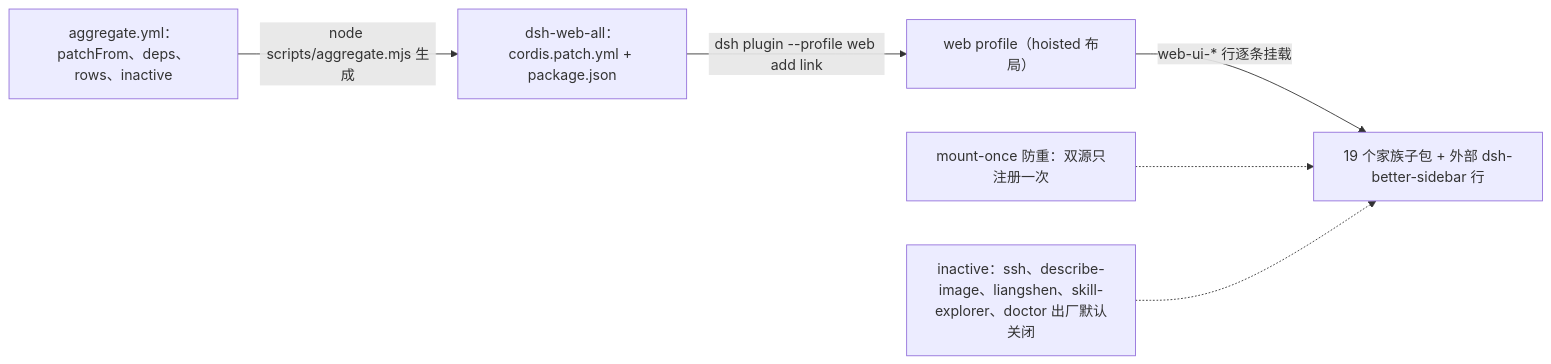
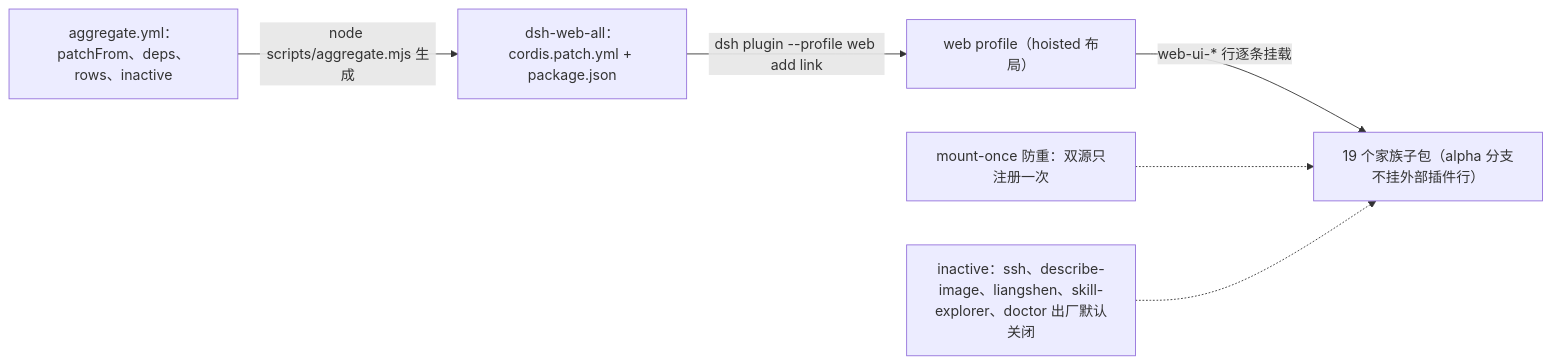
Before and after one commit to DDDMUC/dsh-web-ui: the fourth of 9 diagrams in docs/architecture.md, drawn with Mermaid. The commit also changed 25 other files, not shown here.

First line of the commit message:
chore(alpha): stop bundling dsh-better-sidebar

````diff
--- a/docs/architecture.md
+++ b/docs/architecture.md
@@ -78,8 +78,8 @@
 ```mermaid
 flowchart LR
     A["aggregate.yml：patchFrom、deps、rows、inactive"] -- "node scripts/aggregate.mjs 生成" --> B["dsh-web-all：cordis.patch.yml + package.json"]
     B -- "dsh plugin --profile web add link" --> C["web profile（hoisted 布局）"]
-    C -- "web-ui-* 行逐条挂载" --> D["19 个家族子包 + 外部 dsh-better-sidebar 行"]
+    C -- "web-ui-* 行逐条挂载" --> D["19 个家族子包（alpha 分支不挂外部插件行）"]
     E["mount-once 防重：双源只注册一次"] -.-> D
     F["inactive：ssh、describe-image、liangshen、skill-explorer、doctor 出厂默认关闭"] -.-> D
 ```
````
